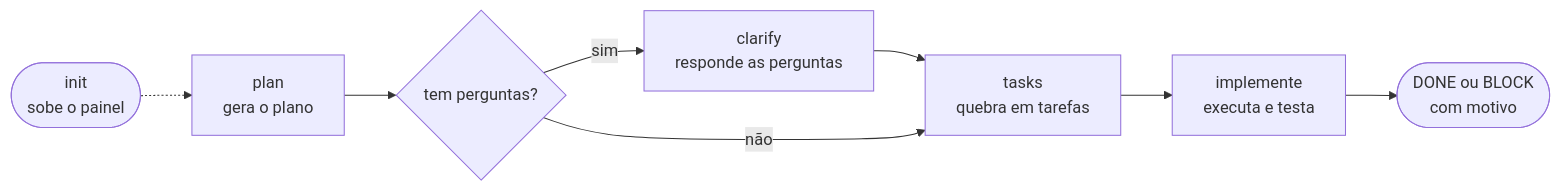
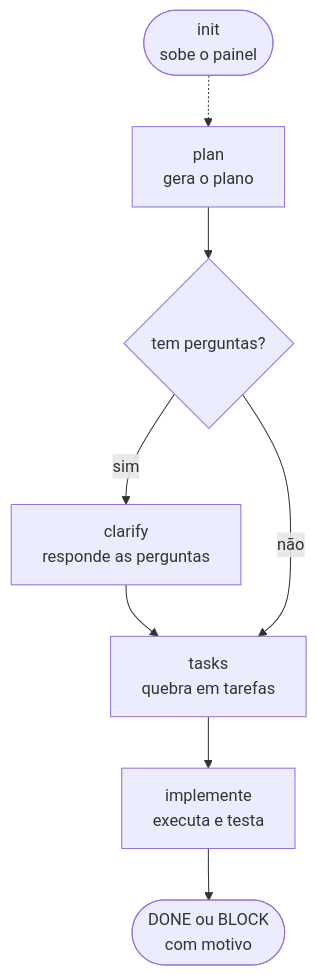
One commit to Dougladmo/graph-eng changed the first of 3 diagrams in README.md. Above: the diagram before and after it, drawn with Mermaid. The commit also changed other lines of this file, not shown here.

Commit message:
docs(readme): diagramas que o GitHub renderiza sem cortar

````diff
--- a/README.md
+++ b/README.md
@@ -89,9 +89,9 @@
 ```mermaid
-flowchart LR
+flowchart TD
   I([init<br/>sobe o painel]) -.-> P
   P[plan<br/>gera o plano] --> Q{tem perguntas?}
   Q -- sim --> C[clarify<br/>responde as perguntas] --> T
   Q -- não --> T[tasks<br/>quebra em tarefas]
   T --> M[implemente<br/>executa e testa]
   M --> R([DONE ou BLOCK<br/>com motivo])
 ```
````
